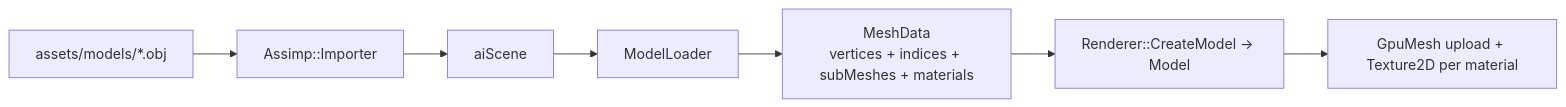
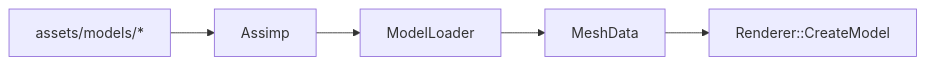
One commit to RomanovV/SummerEngine changed the sixth of 6 diagrams in docs/ARCHITECTURE.md. Above: the diagram before and after it, drawn with Mermaid. The commit also changed other lines of this file and 1 other file, not shown here.

````diff
--- a/docs/ARCHITECTURE.md
+++ b/docs/ARCHITECTURE.md
@@ -449,9 +473,7 @@
 ```mermaid
 flowchart LR
-    File["assets/models/*.obj"] --> Assimp["Assimp::Importer"]
-    Assimp --> AiScene["aiScene"]
-    AiScene --> Loader["ModelLoader"]
-    Loader --> MeshData["MeshData<br/>vertices + indices + subMeshes + materials"]
-    MeshData --> Model["Renderer::CreateModel → Model"]
-    Model --> GPU["GpuMesh upload + Texture2D per material"]
+    File["assets/models/*"] --> Assimp
+    Assimp --> Loader["ModelLoader"]
+    Loader --> MeshData
+    MeshData --> Model["Renderer::CreateModel"]
 ```
````
